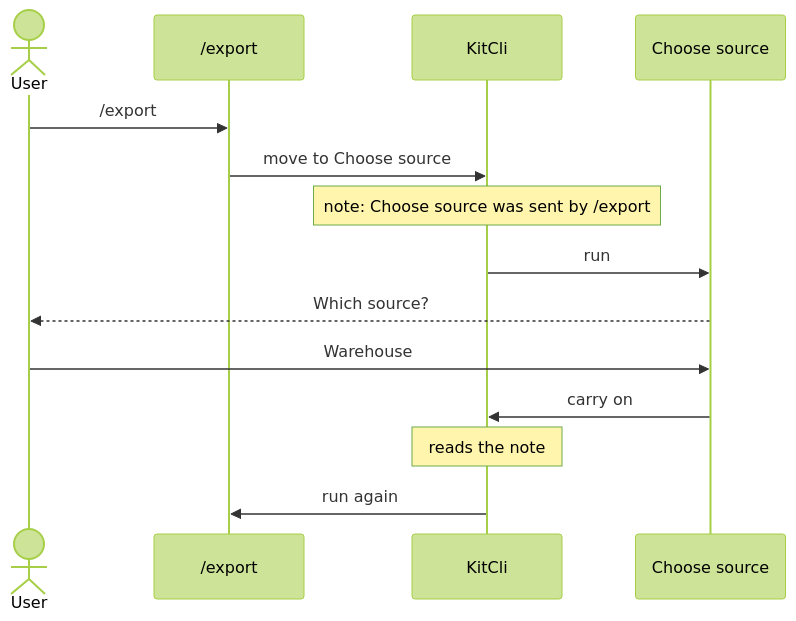
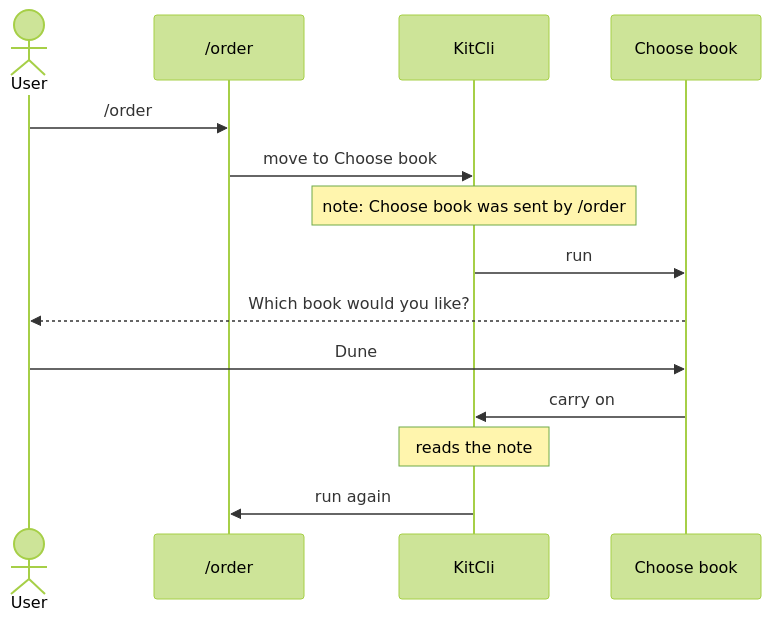
The second of 2 diagrams in docs/investigations/how-does-a-command-know-where-it-was-sent-from.md (KitCli/KitCli), drawn with Mermaid (forest theme) before and after one commit. The commit also changed other lines of this file and 1 other file, not shown here.

Commit message:
docs(workflow): use a book shop example in the return-to investigations

````diff
--- a/docs/investigations/how-does-a-command-know-where-it-was-sent-from.md
+++ b/docs/investigations/how-does-a-command-know-where-it-was-sent-from.md
@@ -61,16 +62,16 @@
 ```mermaid
 sequenceDiagram
     actor U as User
-    participant E as /export
+    participant E as /order
     participant K as KitCli
-    participant C as Choose source
-    U->>E: /export
-    E->>K: move to Choose source
-    Note over K: note: Choose source was sent by /export
+    participant C as Choose book
+    U->>E: /order
+    E->>K: move to Choose book
+    Note over K: note: Choose book was sent by /order
     K->>C: run
-    C-->>U: Which source?
-    U->>C: Warehouse
+    C-->>U: Which book would you like?
+    U->>C: Dune
     C->>K: carry on
     Note over K: reads the note
     K->>E: run again
 ```
````
